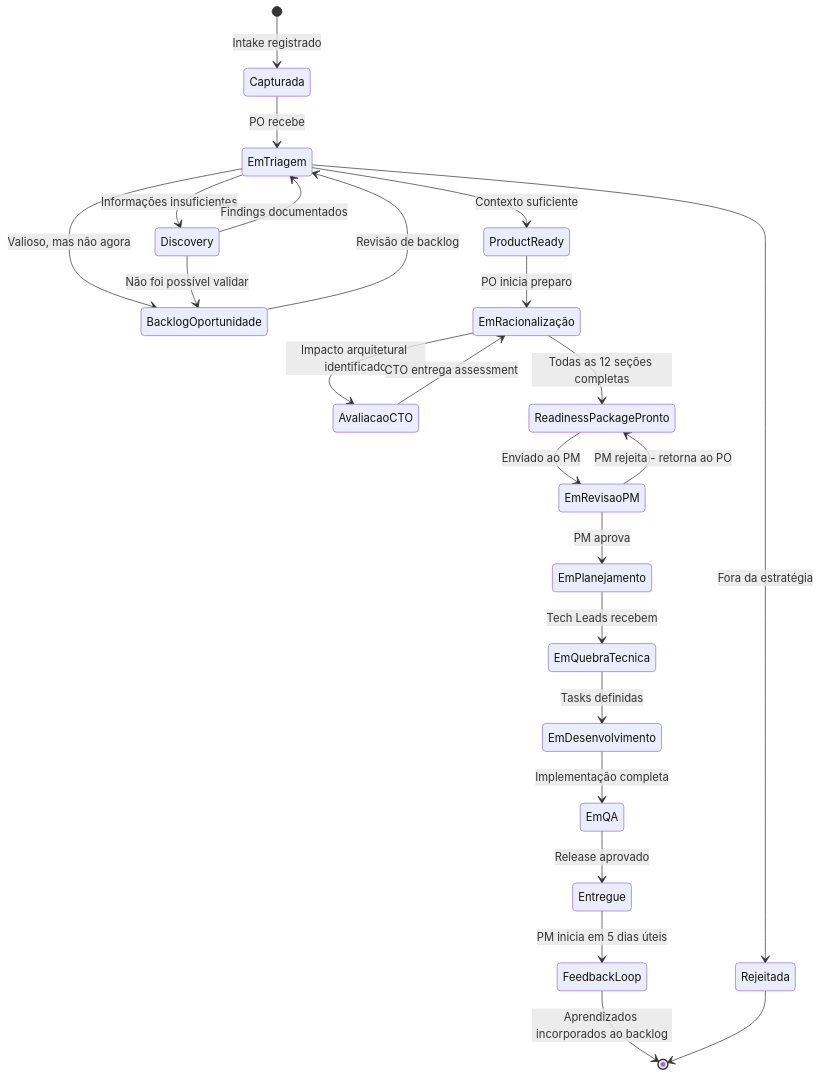
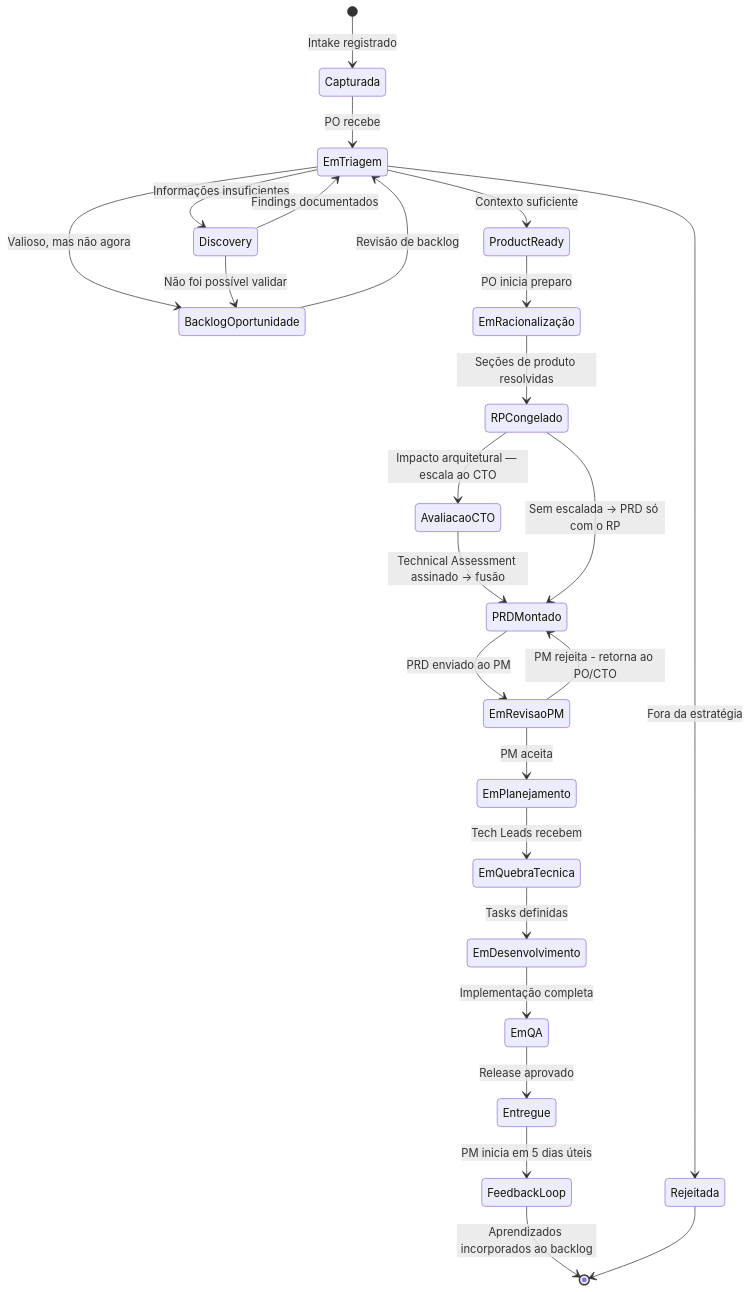
The ninth of 11 diagrams in README.md (hugo-hsbtech/teamwork-process), drawn with Mermaid before and after one commit. The commit also changed other lines of this file and 10 other files, not shown here.

````diff
--- a/README.md
+++ b/README.md
@@ -426,36 +435,36 @@
 ```mermaid
 stateDiagram-v2
     [*] --> Capturada : Intake registrado
 
     Capturada --> EmTriagem : PO recebe
 
     EmTriagem --> Rejeitada : Fora da estratégia
     EmTriagem --> BacklogOportunidade : Valioso, mas não agora
     EmTriagem --> Discovery : Informações insuficientes
     EmTriagem --> ProductReady : Contexto suficiente
 
     Discovery --> EmTriagem : Findings documentados
     Discovery --> BacklogOportunidade : Não foi possível validar
 
     ProductReady --> EmRacionalização : PO inicia preparo
 
-    EmRacionalização --> AvaliacaoCTO : Impacto arquitetural identificado
-    AvaliacaoCTO --> EmRacionalização : CTO entrega assessment
+    EmRacionalização --> RPCongelado : Seções de produto resolvidas
+    RPCongelado --> AvaliacaoCTO : Impacto arquitetural — escala ao CTO
+    AvaliacaoCTO --> PRDMontado : Technical Assessment assinado → fusão
+    RPCongelado --> PRDMontado : Sem escalada → PRD só com o RP
 
-    EmRacionalização --> ReadinessPackagePronto : Todas as 12 seções completas
-
-    ReadinessPackagePronto --> EmRevisaoPM : Enviado ao PM
-    EmRevisaoPM --> ReadinessPackagePronto : PM rejeita - retorna ao PO
-    EmRevisaoPM --> EmPlanejamento : PM aprova
+    PRDMontado --> EmRevisaoPM : PRD enviado ao PM
+    EmRevisaoPM --> PRDMontado : PM rejeita - retorna ao PO/CTO
+    EmRevisaoPM --> EmPlanejamento : PM aceita
 
     EmPlanejamento --> EmQuebraTecnica : Tech Leads recebem
     EmQuebraTecnica --> EmDesenvolvimento : Tasks definidas
     EmDesenvolvimento --> EmQA : Implementação completa
     EmQA --> Entregue : Release aprovado
 
     Entregue --> FeedbackLoop : PM inicia em 5 dias úteis
     FeedbackLoop --> [*] : Aprendizados incorporados ao backlog
 
     Rejeitada --> [*]
     BacklogOportunidade --> EmTriagem : Revisão de backlog
 ```
````
